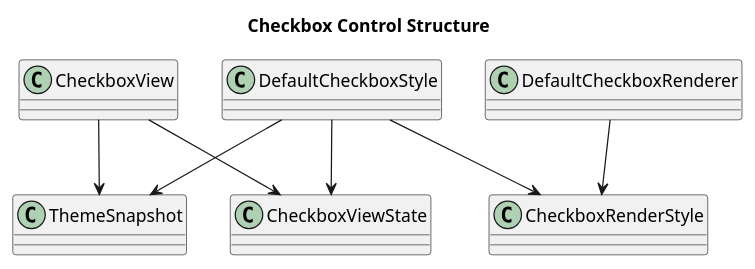
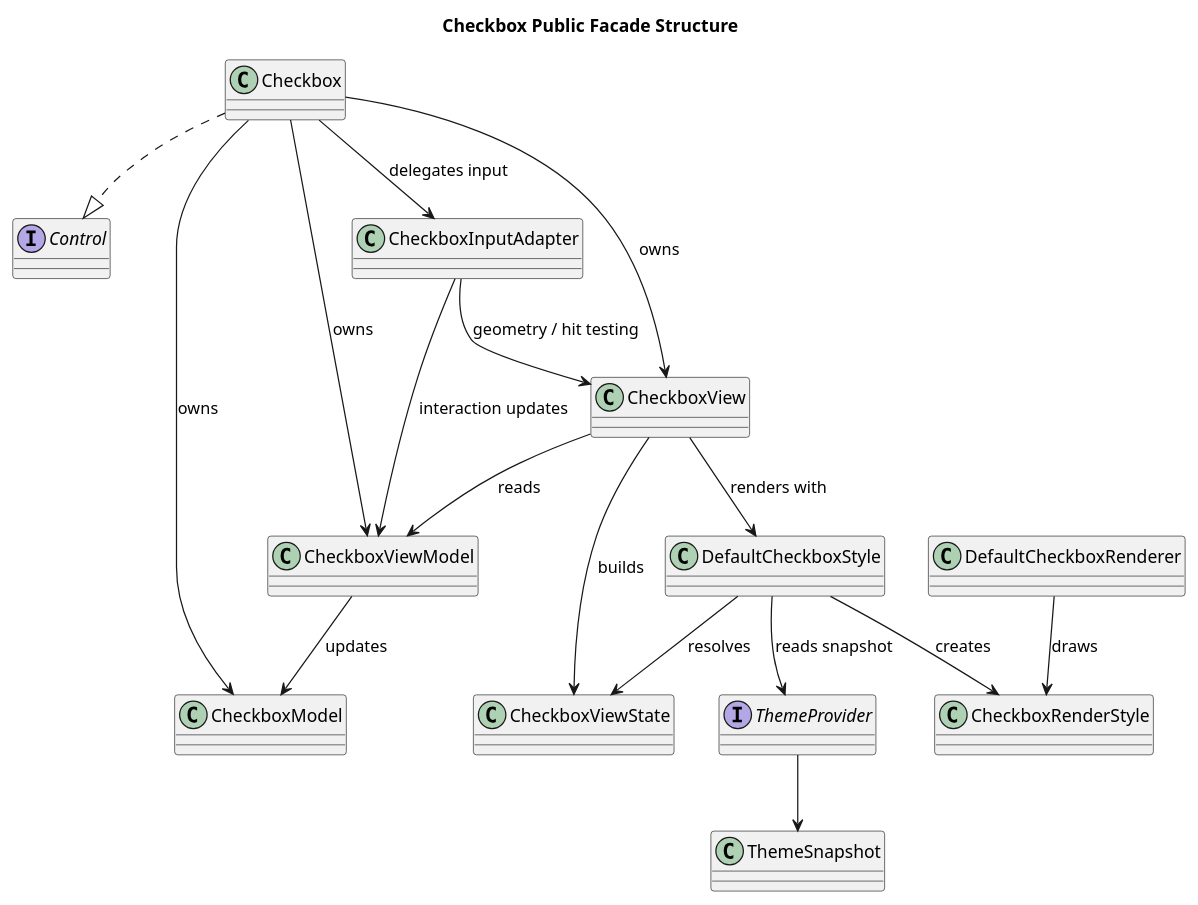
One commit to cdpoloz/cpz-mvvm-processing-controls changed the diagram in docs/uml/control_checkbox.puml. Above: the diagram before and after it, drawn with PlantUML. The commit also changed 251 other files, not shown here.

```diff
--- a/docs/uml/control_checkbox.puml
+++ b/docs/uml/control_checkbox.puml
@@ -1,19 +1,35 @@
 @startuml
-title Checkbox Control Structure
+title Checkbox Public Facade Structure
 skinparam packageStyle rectangle
 skinparam shadowing false
 
+interface Control
+class Checkbox
+class CheckboxModel
+class CheckboxViewModel
 class CheckboxView
+class CheckboxInputAdapter
 class CheckboxViewState
 class DefaultCheckboxStyle
 class CheckboxRenderStyle
 class DefaultCheckboxRenderer
+interface ThemeProvider
 class ThemeSnapshot
 
-CheckboxView --> CheckboxViewState
-CheckboxView --> ThemeSnapshot
-DefaultCheckboxStyle --> CheckboxViewState
-DefaultCheckboxStyle --> ThemeSnapshot
-DefaultCheckboxStyle --> CheckboxRenderStyle
-DefaultCheckboxRenderer --> CheckboxRenderStyle
+Checkbox ..|> Control
+Checkbox --> CheckboxModel : owns
+Checkbox --> CheckboxViewModel : owns
+Checkbox --> CheckboxView : owns
+Checkbox --> CheckboxInputAdapter : delegates input
+CheckboxInputAdapter --> CheckboxView : geometry / hit testing
+CheckboxInputAdapter --> CheckboxViewModel : interaction updates
+CheckboxViewModel --> CheckboxModel : updates
+CheckboxView --> CheckboxViewModel : reads
+CheckboxView --> CheckboxViewState : builds
+CheckboxView --> DefaultCheckboxStyle : renders with
+DefaultCheckboxStyle --> ThemeProvider : reads snapshot
+ThemeProvider --> ThemeSnapshot
+DefaultCheckboxStyle --> CheckboxViewState : resolves
+DefaultCheckboxStyle --> CheckboxRenderStyle : creates
+DefaultCheckboxRenderer --> CheckboxRenderStyle : draws
 @enduml
```
